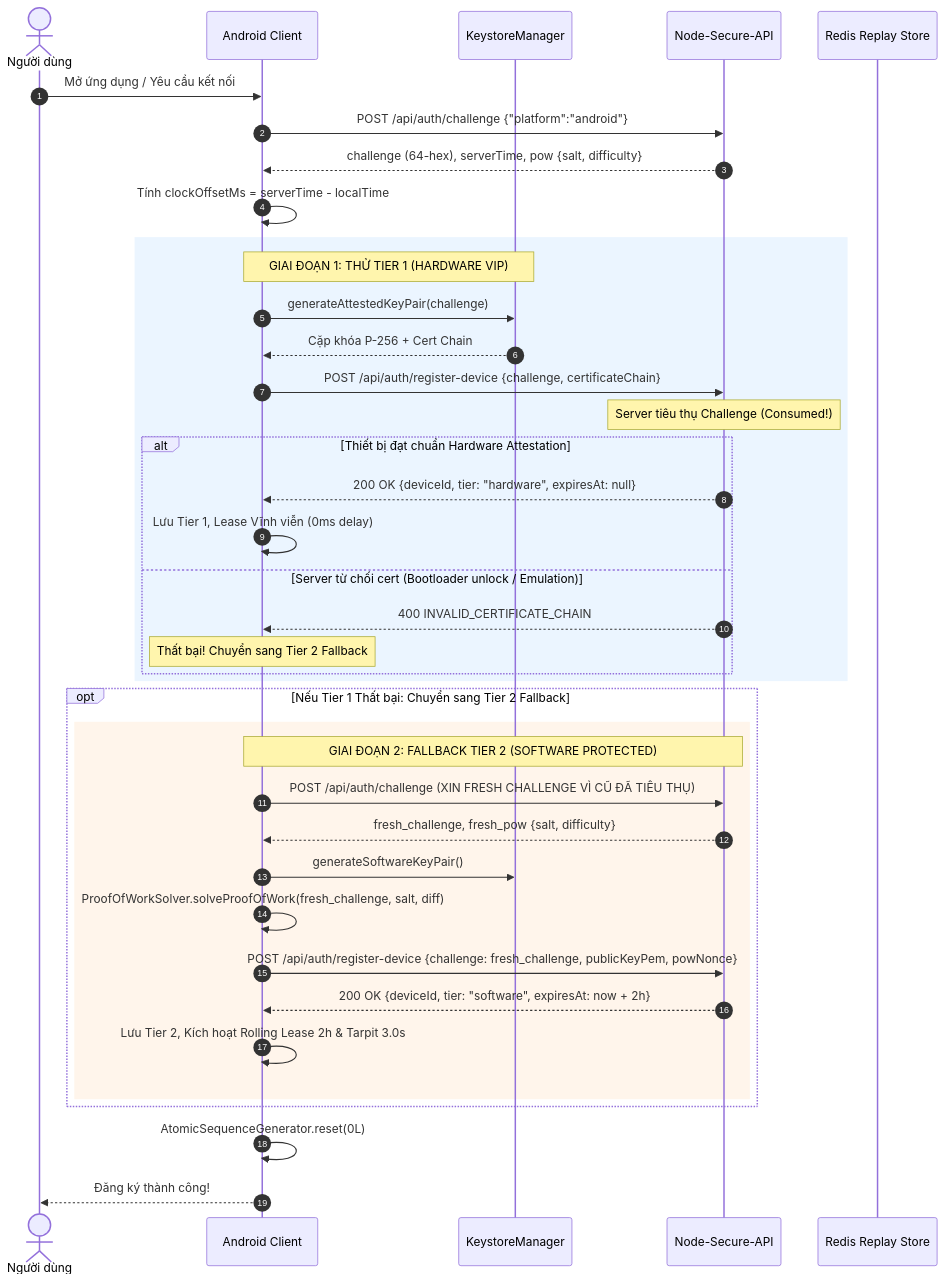
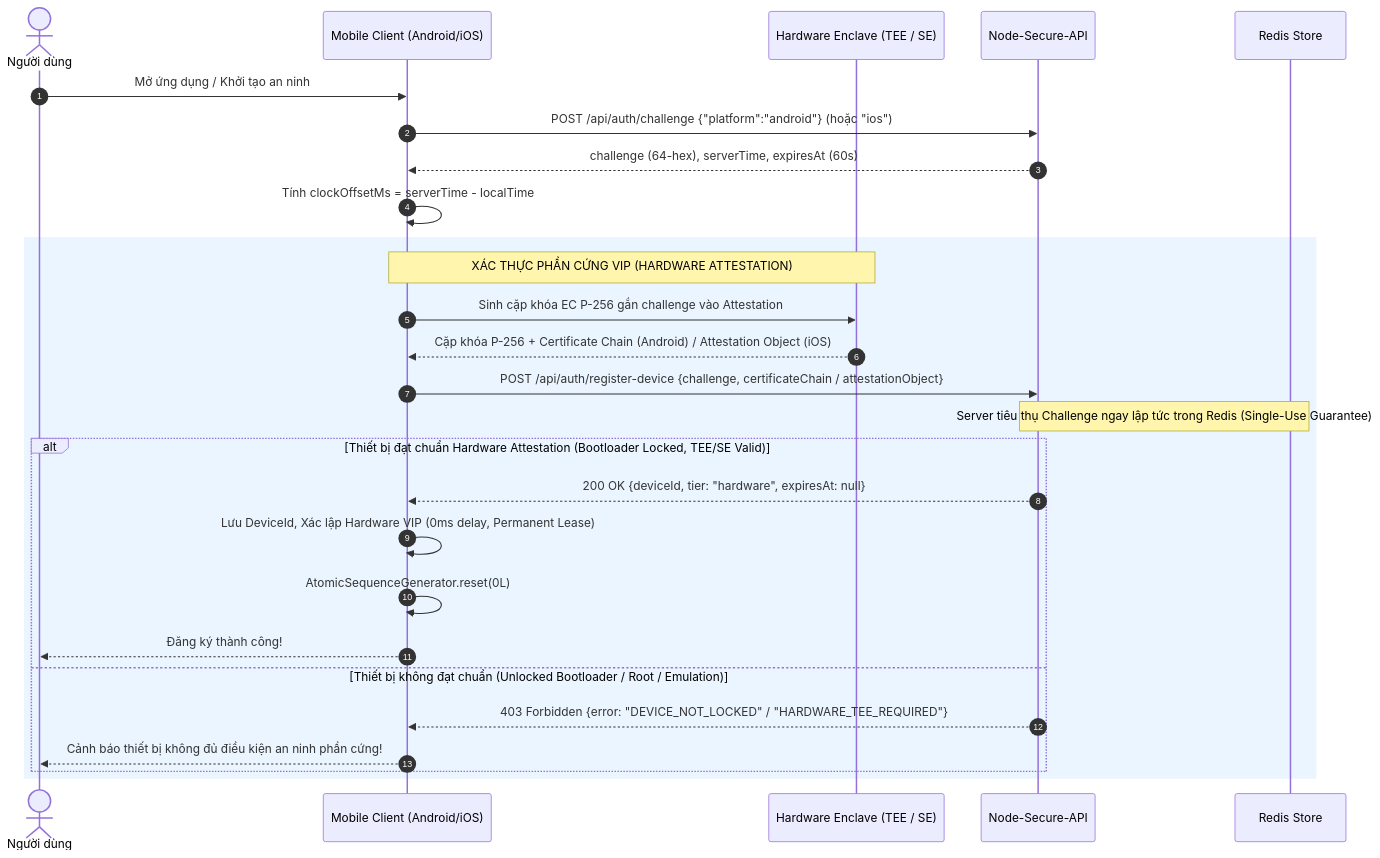
The second of 4 diagrams in docs/CLIENT_INTEGRATION_GUIDE.md (hungvvinfinity/Node-Secure-API), drawn with Mermaid before and after one commit. The commit also changed other lines of this file, not shown here.

Commit message:
docs: update client integration guide with hardware-only test matrix and disable software tier

````diff
--- a/docs/CLIENT_INTEGRATION_GUIDE.md
+++ b/docs/CLIENT_INTEGRATION_GUIDE.md
@@ -1110,45 +1145,31 @@
 ```mermaid
 sequenceDiagram
     autonumber
     actor User as Người dùng
-    participant App as Android Client
-    participant KeyStore as KeystoreManager
+    participant App as Mobile Client (Android/iOS)
+    participant KeyStore as Hardware Enclave (TEE / SE)
     participant Server as Node-Secure-API
-    participant Redis as Redis Replay Store
+    participant Redis as Redis Store
 
-    User->>App: Mở ứng dụng / Yêu cầu kết nối
-    App->>Server: POST /api/auth/challenge {"platform":"android"}
-    Server-->>App: challenge (64-hex), serverTime, pow {salt, difficulty}
+    User->>App: Mở ứng dụng / Khởi tạo an ninh
+    App->>Server: POST /api/auth/challenge {"platform":"android"} (hoặc "ios")
+    Server-->>App: challenge (64-hex), serverTime, expiresAt (60s)
     App->>App: Tính clockOffsetMs = serverTime - localTime
 
     rect rgb(235, 245, 255)
-        note over App,KeyStore: GIAI ĐOẠN 1: THỬ TIER 1 (HARDWARE VIP)
-        App->>KeyStore: generateAttestedKeyPair(challenge)
-        KeyStore-->>App: Cặp khóa P-256 + Cert Chain
-        App->>Server: POST /api/auth/register-device {challenge, certificateChain}
-        note over Server: Server tiêu thụ Challenge (Consumed!)
-        alt Thiết bị đạt chuẩn Hardware Attestation
+        note over App,KeyStore: XÁC THỰC PHẦN CỨNG VIP (HARDWARE ATTESTATION)
+        App->>KeyStore: Sinh cặp khóa EC P-256 gắn challenge vào Attestation
+        KeyStore-->>App: Cặp khóa P-256 + Certificate Chain (Android) / Attestation Object (iOS)
+        App->>Server: POST /api/auth/register-device {challenge, certificateChain / attestationObject}
+        note over Server,Redis: Server tiêu thụ Challenge ngay lập tức trong Redis (Single-Use Guarantee)
+        alt Thiết bị đạt chuẩn Hardware Attestation (Bootloader Locked, TEE/SE Valid)
             Server-->>App: 200 OK {deviceId, tier: "hardware", expiresAt: null}
-            App->>App: Lưu Tier 1, Lease Vĩnh viễn (0ms delay)
-        else Server từ chối cert (Bootloader unlock / Emulation)
-            Server-->>App: 400 INVALID_CERTIFICATE_CHAIN
-            note over App: Thất bại! Chuyển sang Tier 2 Fallback
+            App->>App: Lưu DeviceId, Xác lập Hardware VIP (0ms delay, Permanent Lease)
+            App->>App: AtomicSequenceGenerator.reset(0L)
+            App-->>User: Đăng ký thành công!
+        else Thiết bị không đạt chuẩn (Unlocked Bootloader / Root / Emulation)
+            Server-->>App: 403 Forbidden {error: "DEVICE_NOT_LOCKED" / "HARDWARE_TEE_REQUIRED"}
+            App-->>User: Cảnh báo thiết bị không đủ điều kiện an ninh phần cứng!
         end
     end
-
-    opt Nếu Tier 1 Thất bại: Chuyển sang Tier 2 Fallback
-        rect rgb(255, 245, 235)
-            note over App,Server: GIAI ĐOẠN 2: FALLBACK TIER 2 (SOFTWARE PROTECTED)
-            App->>Server: POST /api/auth/challenge (XIN FRESH CHALLENGE VÌ CŨ ĐÃ TIÊU THỤ)
-            Server-->>App: fresh_challenge, fresh_pow {salt, difficulty}
-            App->>KeyStore: generateSoftwareKeyPair()
-            App->>App: ProofOfWorkSolver.solveProofOfWork(fresh_challenge, salt, diff)
-            App->>Server: POST /api/auth/register-device {challenge: fresh_challenge, publicKeyPem, powNonce}
-            Server-->>App: 200 OK {deviceId, tier: "software", expiresAt: now + 2h}
-            App->>App: Lưu Tier 2, Kích hoạt Rolling Lease 2h & Tarpit 3.0s
-        end
-    end
-
-    App->>App: AtomicSequenceGenerator.reset(0L)
-    App-->>User: Đăng ký thành công!
 ```
````
